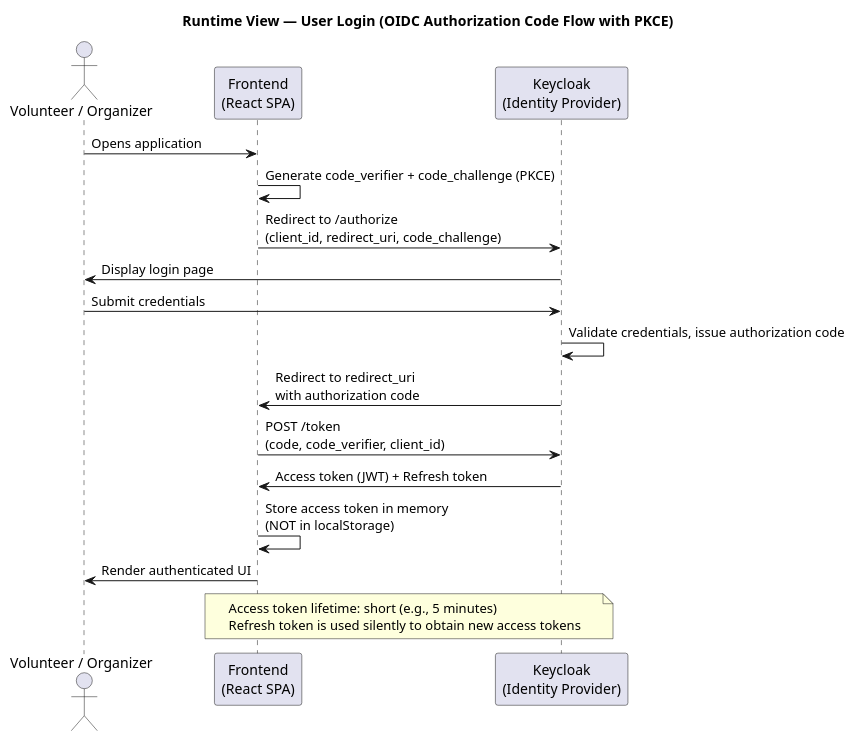
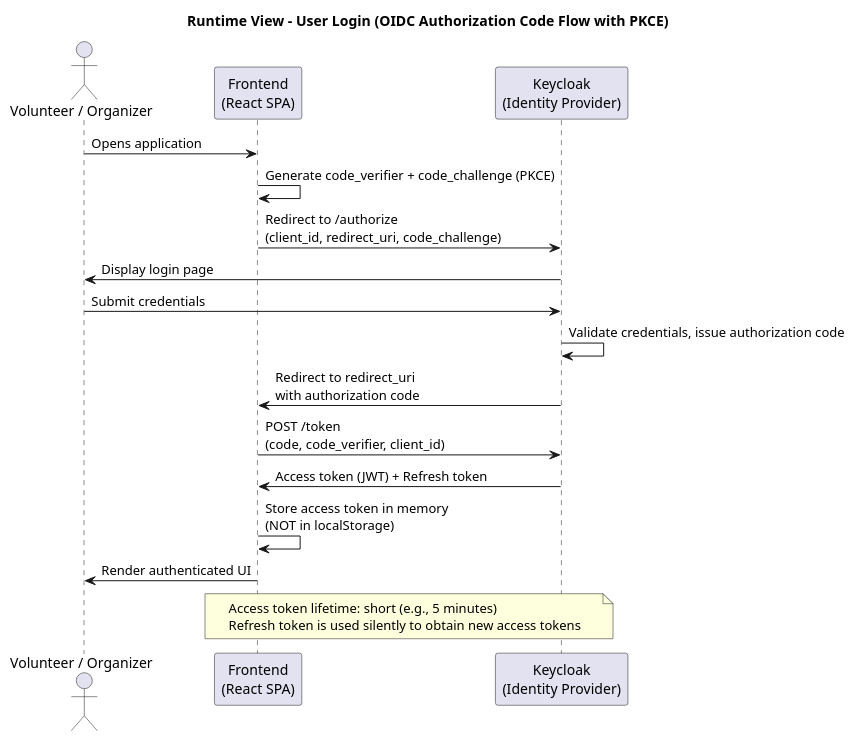
The diagram in docs/Architektur/images/runtime-login.puml (maik-hasler/einsatzbereit), drawn with PlantUML before and after one commit. The commit also changed 36 other files, not shown here.

```diff
--- a/docs/Architektur/images/runtime-login.puml
+++ b/docs/Architektur/images/runtime-login.puml
@@ -1,26 +1,26 @@
 @startuml Login Flow
 
-title Runtime View — User Login (OIDC Authorization Code Flow with PKCE)
+title Runtime View - User Login (OIDC Authorization Code Flow with PKCE)
 
 actor "Volunteer / Organizer" as user
 participant "Frontend\n(React SPA)" as frontend
 participant "Keycloak\n(Identity Provider)" as keycloak
 
 user -> frontend: Opens application
 frontend -> frontend: Generate code_verifier + code_challenge (PKCE)
 frontend -> keycloak: Redirect to /authorize\n(client_id, redirect_uri, code_challenge)
 keycloak -> user: Display login page
 user -> keycloak: Submit credentials
 keycloak -> keycloak: Validate credentials, issue authorization code
 keycloak -> frontend: Redirect to redirect_uri\nwith authorization code
 frontend -> keycloak: POST /token\n(code, code_verifier, client_id)
 keycloak -> frontend: Access token (JWT) + Refresh token
 frontend -> frontend: Store access token in memory\n(NOT in localStorage)
 frontend -> user: Render authenticated UI
 
 note over frontend,keycloak
   Access token lifetime: short (e.g., 5 minutes)
   Refresh token is used silently to obtain new access tokens
 end note
 
 @enduml
```
